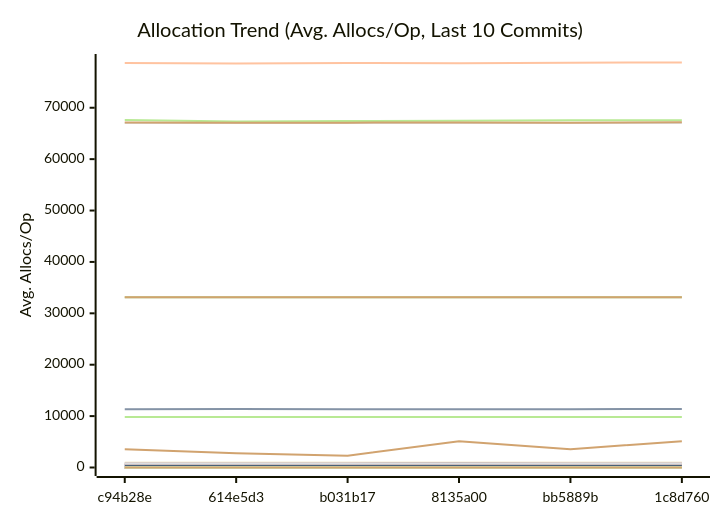
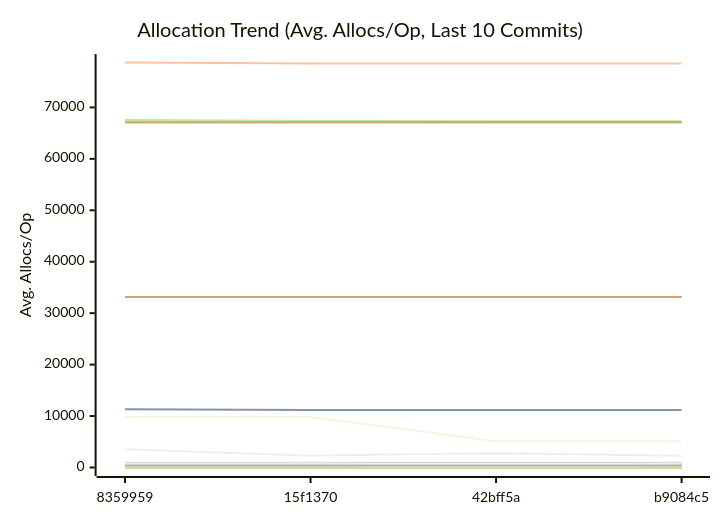
Before and after one commit to alsotoes/momo: the third of 3 diagrams in docs/REFERENCE/PERFORMANCE.md, drawn with Mermaid. The commit also changed other lines of this file and 3 other files, not shown here.

````diff
--- a/docs/REFERENCE/PERFORMANCE.md
+++ b/docs/REFERENCE/PERFORMANCE.md
@@ -421,53 +471,62 @@
 ```mermaid
 xychart-beta
     title "Allocation Trend (Avg. Allocs/Op, Last 10 Commits)"
     x-axis "Commit"
     y-axis "Avg. Allocs/Op"
-    x-axis [c94b28e,614e5d3,b031b17,8135a00,bb5889b,1c8d760]
+    x-axis [8359959,15f1370,42bff5a,b9084c5]
     line "AdaptivePutBlob64KiB" [0,0,0,0,0,0,0,0,0,0]
-    line "AWSChunkedReaderSigned" [11346,11370,11345,11319,11351,11392,11401,11341,11197,11180]
-    line "AWSChunkedReaderUnsigned" [78690,78621,78704,78640,78777,78804,78750,78733,78518,78515]
+    line "AWSChunkedReaderSigned" [11341,11197,11180,11191,11184,11178,11173,11180,11218,11210]
+    line "AWSChunkedReaderUnsigned" [78733,78518,78515,78532,78527,78526,78519,78518,78519,78539]
     line "CheckMetricsAndSwap" [0,0,0,0,0,0,0,0,0,0]
     line "CrushOptimized" [0,0,0,0,0,0,0,0,0,0]
     line "CrushOriginal" [3,3,3,3,3,3,3,3,3,3]
     line "EtagMatches" [0,0,0,0,0,0,0,0,0,0]
-    line "EtagMatchesSplit" [0,0,0,0,0,0,0,0,1,1]
+    line "EtagMatchesSplit" [0,1,1,1,1,1,1,1,1,1]
     line "FormatListObjectsV2XML_AppendFormat" [16,16,16,16,16,16,16,16,16,16]
     line "FormatListObjectsV2XML_OldFormat" [1000,1000,1000,1000,1000,1000,1000,1000,1000,1000]
     line "HashBytes/1MiB" [64,64,64,64,64,64,64,64,64,64]
     line "HashBytes/256MiB" [64,64,64,64,64,64,64,64,64,64]
     line "HashBytes/64MiB" [64,64,64,64,64,64,64,64,64,64]
     line "HashFile/1MiB" [33128,33128,33128,33128,33128,33128,33128,33128,33128,33128]
     line "HashFile/256MiB" [33128,33128,33128,33128,33128,33128,33128,33128,33128,33128]
     line "HashFile/64MiB" [33128,33128,33128,33128,33128,33128,33128,33128,33128,33128]
     line "IndexDirectTracking" [0,0,0,0,0,0,0,0,0,0]
     line "IndexSearch" [0,0,0,0,0,0,0,0,0,0]
     line "LastModifiedHeader_AppendFormat" [0,0,0,0,0,0,0,0,0,0]
     line "LastModifiedHeader_Format" [1,1,1,1,1,1,1,1,1,1]
     line "ListPartsTime_AppendFormat" [0,0,0,0,0,0,0,0,0,0]
-    line "ListPartsTime_Format" [0,0,0,0,0,0,0,0,1,1]
+    line "ListPartsTime_Format" [0,1,1,1,1,1,1,1,1,1]
     line "LoadGlobalConfig" [58,58,58,58,58,58,58,58,58,58]
-    line "LocalWrite/1MiB" [67033,67031,67039,67040,67044,67048,67040,67040,67081,67076]
-    line "LocalWrite/256MiB" [67598,67348,67405,67488,67564,67569,67644,67553,67378,67316]
-    line "LocalWrite/64MiB" [67134,67099,67099,67127,67078,67158,67158,67139,67123,67115]
+    line "LocalWrite/1MiB" [67040,67081,67076,67077,67076,67076,67076,67076,67084,67081]
+    line "LocalWrite/256MiB" [67553,67378,67316,67320,67343,67343,67320,67423,67399,67368]
+    line "LocalWrite/64MiB" [67139,67123,67115,67123,67119,67112,67100,67113,67112,67124]
     line "PadString" [1,1,1,1,1,1,1,1,1,1]
+    line "ParseACLResource_IndexByte" [0,0,0,0,0,0,0,0,0,0]
+    line "ParseACLResource_Split" [0,0,0,0,0,0,0,0,0,0]
     line "ParseAWSChunkHeader" [0,0,0,0,0,0,0,0,0,0]
+    line "ParseChecksum" [0,0,0,0,0,0,0,0,0,0]
+    line "ParseChecksumDynamicBaseline" [0,0,0,0,4,4,4,4,4,4]
     line "ParseReplicationOrder_NoPrealloc" [6,6,6,6,6,5,5,5,5,5]
     line "ParseReplicationOrder_Prealloc" [2,2,2,2,2,1,1,1,1,1]
     line "PheromoneSelectReplica" [0,0,0,0,0,0,0,0,0,0]
+    line "PickShedTarget" [0,0,0,0,6,6,6,6,6,6]
     line "Placement" [6,6,6,6,6,6,6,6,6,6]
     line "PlacementDomainSpread" [6,6,6,6,6,6,6,6,6,6]
-    line "ReadVerify/1MiB" [438,437,474,439,490,440,496,437,458,471]
-    line "ReadVerify/256MiB" [9808,9808,9808,9808,9808,9808,9808,9808,9808,5120]
-    line "ReadVerify/64MiB" [3557,2776,2307,5120,3557,5120,3557,3557,2307,2776]
-    line "S3PutSpool/1MiB" [448,447,448,447,447,447,447,447,447,447]
-    line "S3PutSpool/256MiB" [448,448,448,448,448,448,448,448,448,448]
+    line "ReadVerify/1MiB" [437,458,471,460,435,469,435,463,436,463]
+    line "ReadVerify/256MiB" [9808,9808,5120,5120,9808,5120,5120,9808,5120,5120]
+    line "ReadVerify/64MiB" [3557,2307,2776,2307,2776,2776,1994,2776,2307,2776]
+    line "RebalanceCycle/blobs=100" [0,0,0,0,0,0,0,0,0,0]
+    line "RebalanceCycle/blobs=1000" [0,0,0,0,0,0,0,0,0,0]
+    line "S3PutSpool/1MiB" [447,447,447,447,447,447,447,448,447,447]
+    line "S3PutSpool/256MiB" [448,448,448,448,448,448,444,448,448,448]
     line "S3PutSpool/64MiB" [448,448,448,448,448,448,448,448,448,448]
     line "SanitizeLog/Safe" [0,0,0,0,0,0,0,0,0,0]
     line "SanitizeLog/Unsafe" [1,1,1,1,1,1,1,1,1,1]
-    line "TrustedRead/1MiB" [800,800,800,858,800,800,800,800,800,822]
+    line "TrustedRead/1MiB" [800,800,822,800,800,800,800,800,800,800]
     line "TrustedRead/256MiB" [800,800,800,800,800,800,800,800,800,800]
     line "TrustedRead/64MiB" [800,800,800,800,800,800,800,800,800,800]
     line "VolumeGetBlob64KiB" [0,0,0,0,0,0,0,0,0,0]
     line "VolumePutBlob64KiB" [0,0,0,0,0,0,0,0,0,0]
+    line "WriteThrottled/throttled-10Gbps" [0,0,0,0,298,318,498,345,302,311]
+    line "WriteThrottled/unlimited" [0,0,0,0,0,0,0,0,0,0]
 ```
````
